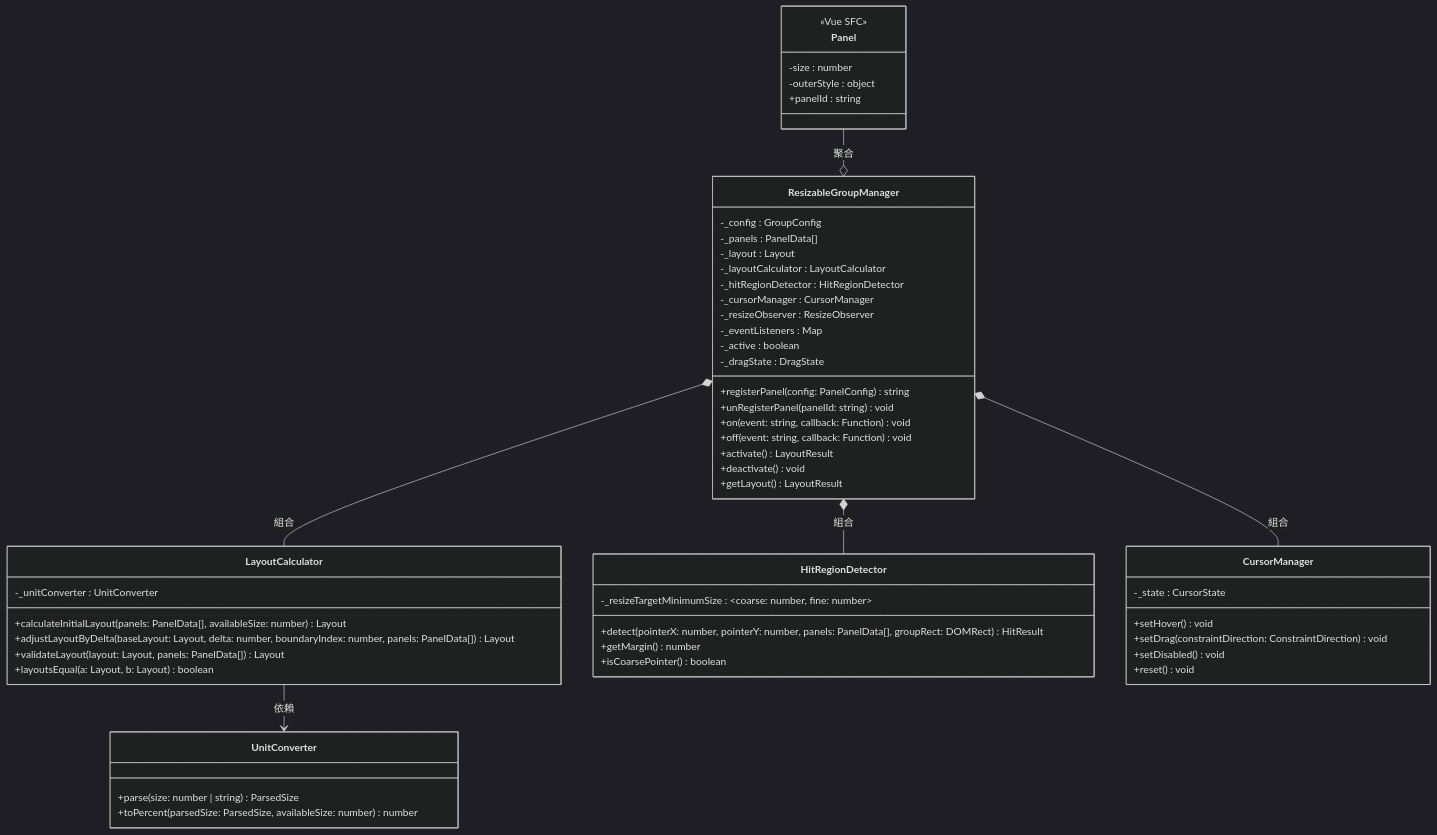
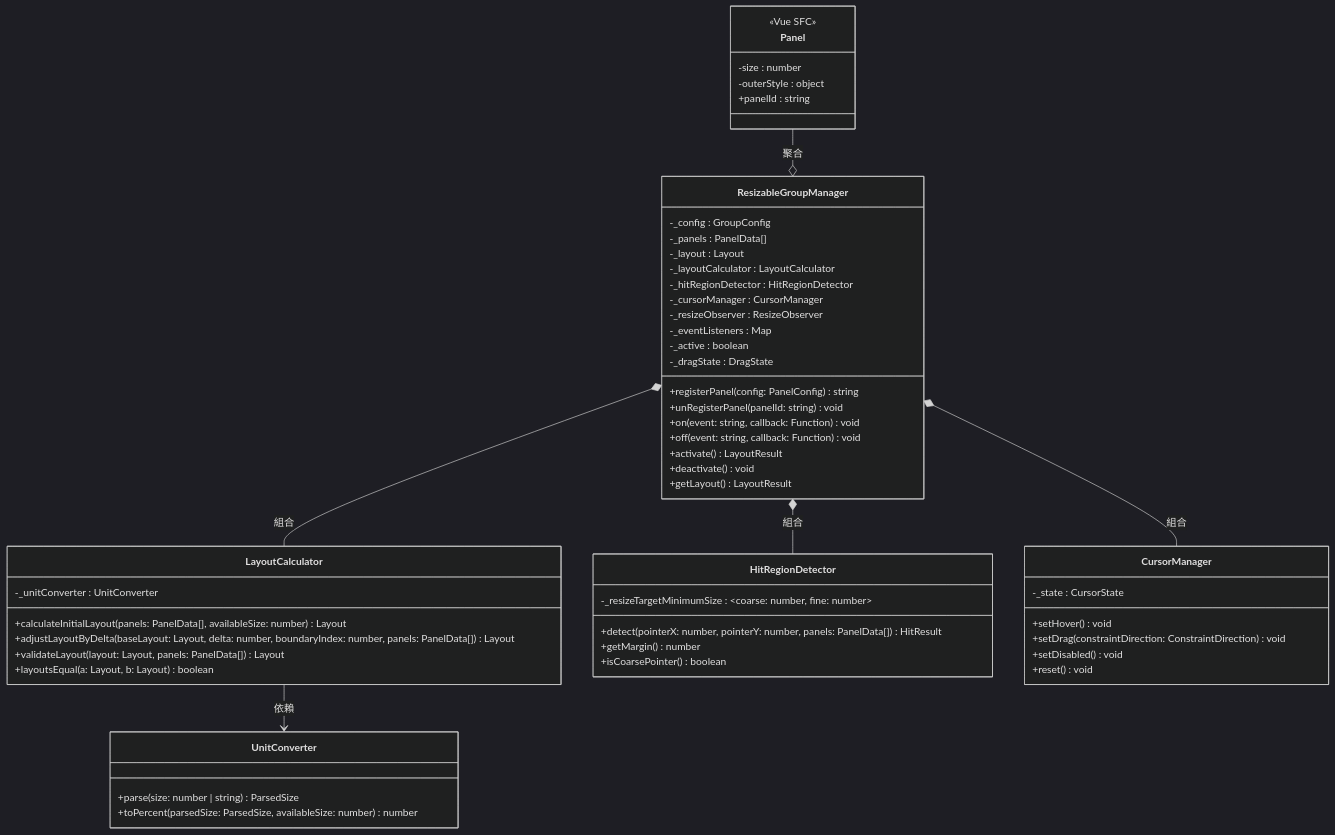
One commit to laidasan/resizable-panel changed the first of 9 diagrams in V1-SA.md. Above: the diagram before and after it, drawn with Mermaid (dark theme). The commit also changed other lines of this file and 2 other files, not shown here.

````diff
--- a/V1-SA.md
+++ b/V1-SA.md
@@ -21,65 +21,65 @@
 ```mermaid
 classDiagram
     direction TB
 
     class ResizableGroupManager {
         -_config : GroupConfig
         -_panels : PanelData[]
         -_layout : Layout
         -_layoutCalculator : LayoutCalculator
         -_hitRegionDetector : HitRegionDetector
         -_cursorManager : CursorManager
         -_resizeObserver : ResizeObserver
         -_eventListeners : Map
         -_active : boolean
         -_dragState : DragState
         +registerPanel(config: PanelConfig) string
         +unRegisterPanel(panelId: string) void
         +on(event: string, callback: Function) void
         +off(event: string, callback: Function) void
         +activate() LayoutResult
         +deactivate() void
         +getLayout() LayoutResult
     }
 
     class LayoutCalculator {
         -_unitConverter : UnitConverter
         +calculateInitialLayout(panels: PanelData[], availableSize: number) Layout
         +adjustLayoutByDelta(baseLayout: Layout, delta: number, boundaryIndex: number, panels: PanelData[]) Layout
         +validateLayout(layout: Layout, panels: PanelData[]) Layout
         +layoutsEqual(a: Layout, b: Layout) boolean
     }
 
     class UnitConverter {
         +parse(size: number | string) ParsedSize
         +toPercent(parsedSize: ParsedSize, availableSize: number) number
     }
 
     class HitRegionDetector {
         -_resizeTargetMinimumSize : ~coarse: number, fine: number~
-        +detect(pointerX: number, pointerY: number, panels: PanelData[], groupRect: DOMRect) HitResult
+        +detect(pointerX: number, pointerY: number, panels: PanelData[]) HitResult
         +getMargin() number
         +isCoarsePointer() boolean
     }
 
     class CursorManager {
         -_state : CursorState
         +setHover() void
         +setDrag(constraintDirection: ConstraintDirection) void
         +setDisabled() void
         +reset() void
     }
 
     class Panel {
         <<Vue SFC>>
         -size : number
         -outerStyle : object
         +panelId : string
     }
 
     ResizableGroupManager *-- LayoutCalculator : 組合
     ResizableGroupManager *-- HitRegionDetector : 組合
     ResizableGroupManager *-- CursorManager : 組合
     Panel --o ResizableGroupManager : 聚合
     LayoutCalculator --> UnitConverter : 依賴
 ```
````
